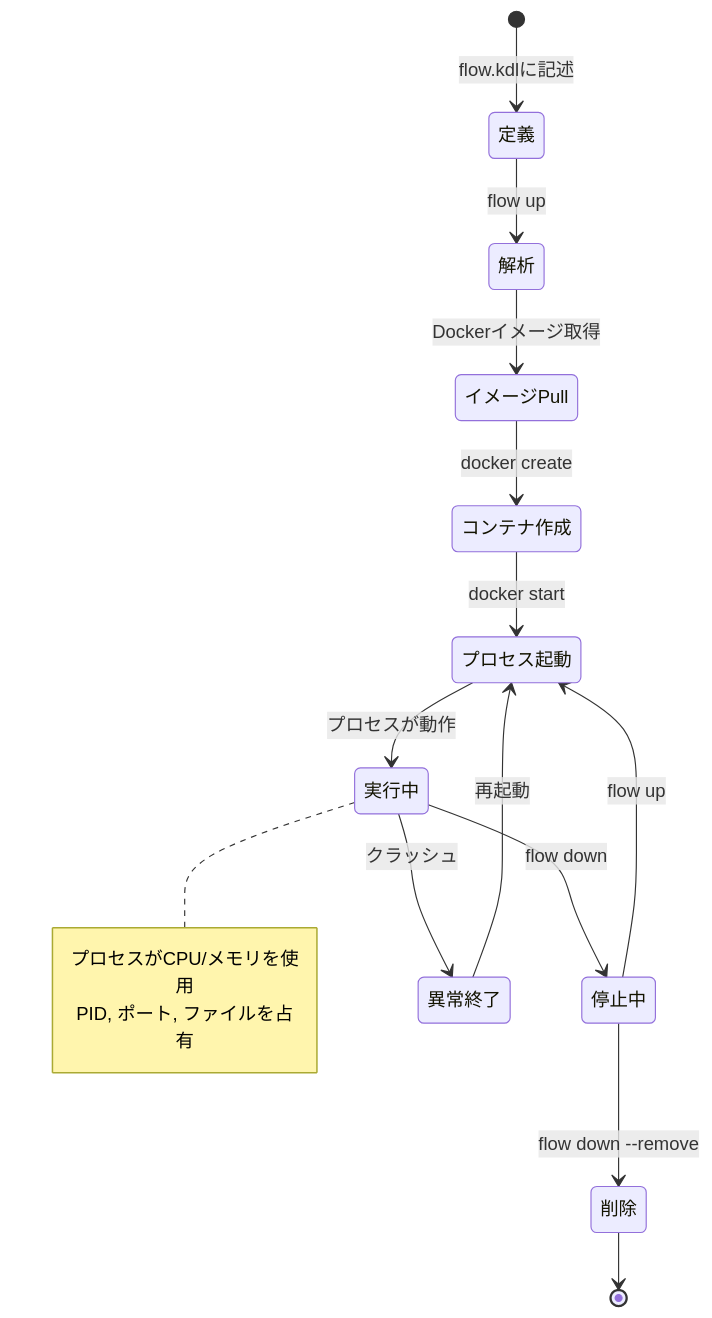
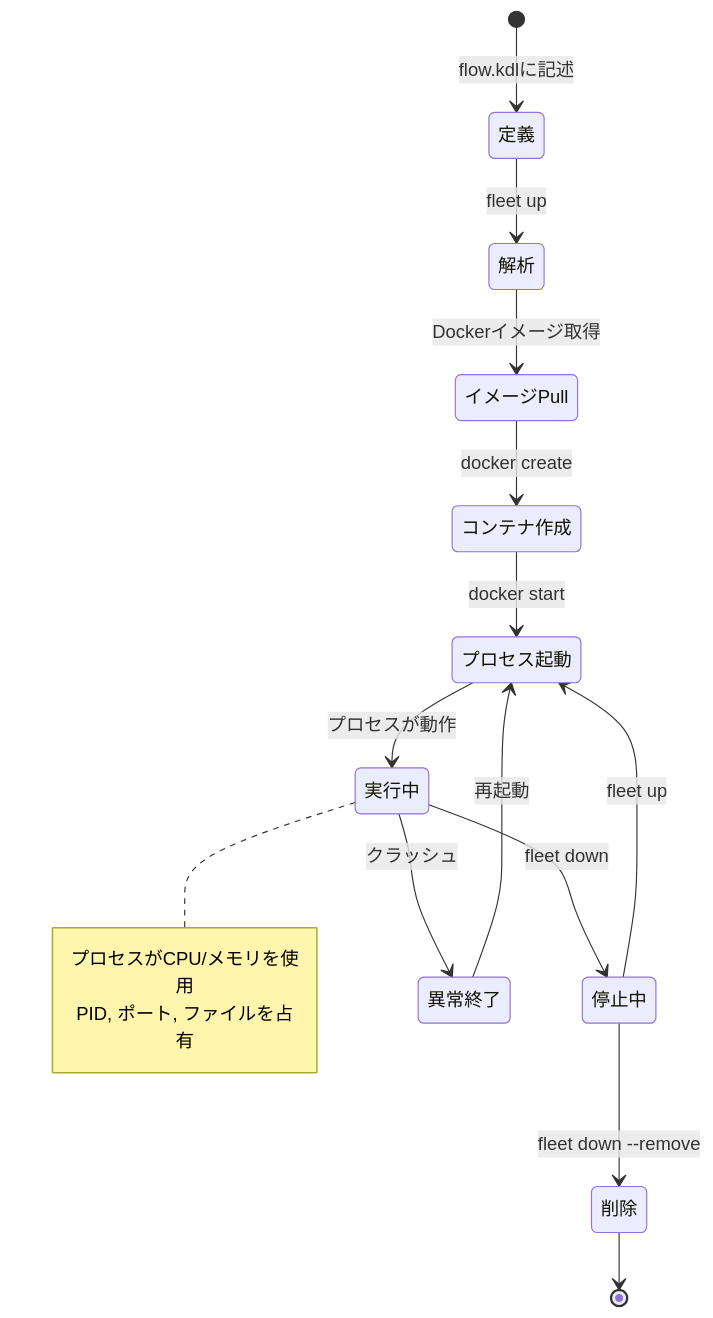
The fourth of 4 diagrams in spec/01-core-concepts.md (chronista-club/fleetflow), drawn with Mermaid before and after one commit. The commit also changed other lines of this file and 52 other files, not shown here.

First line of the commit message:
refactor: バイナリ名を flow から fleet に変更

````diff
--- a/spec/01-core-concepts.md
+++ b/spec/01-core-concepts.md
@@ -84,23 +84,23 @@
 ```mermaid
 stateDiagram-v2
     [*] --> 定義: flow.kdlに記述
-    定義 --> 解析: flow up
+    定義 --> 解析: fleet up
     解析 --> イメージPull: Dockerイメージ取得
     イメージPull --> コンテナ作成: docker create
     コンテナ作成 --> プロセス起動: docker start
     プロセス起動 --> 実行中: プロセスが動作
 
-    実行中 --> 停止中: flow down
-    停止中 --> プロセス起動: flow up
+    実行中 --> 停止中: fleet down
+    停止中 --> プロセス起動: fleet up
 
     実行中 --> 異常終了: クラッシュ
     異常終了 --> プロセス起動: 再起動
 
-    停止中 --> 削除: flow down --remove
+    停止中 --> 削除: fleet down --remove
     削除 --> [*]
 
     note right of 実行中
         プロセスがCPU/メモリを使用
         PID, ポート, ファイルを占有
     end note
 ```
````
